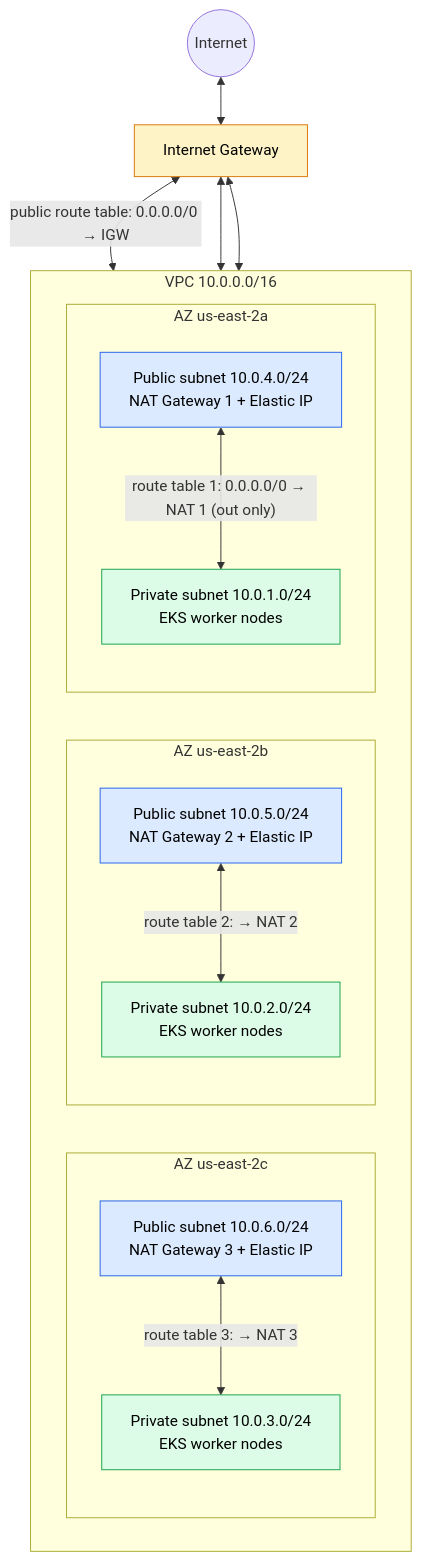
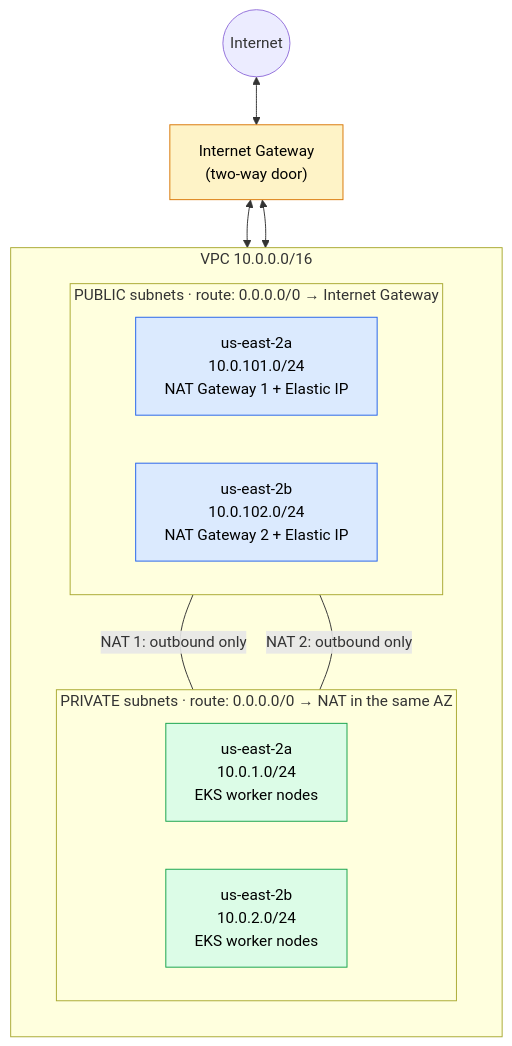
One commit to icbannerman/astronomy-ecommerce-shop-project changed the diagram in terraform/eks/modules/vpc/README.md. Above: the diagram before and after it, drawn with Mermaid. The commit also changed other lines of this file, not shown here.

Commit message:
Redraw VPC diagram as public/private layers across 2 AZs

````diff
--- a/terraform/eks/modules/vpc/README.md
+++ b/terraform/eks/modules/vpc/README.md
@@ -10,43 +11,34 @@
 ```mermaid
 flowchart TB
     internet((Internet))
-    igw[Internet Gateway]
+    igw["Internet Gateway<br/>(two-way door)"]
     internet <--> igw
 
     subgraph vpc["VPC 10.0.0.0/16"]
-        direction LR
+        direction TB
 
-        subgraph az3["AZ us-east-2c"]
-            direction TB
-            pub3["Public subnet 10.0.6.0/24<br/>NAT Gateway 3 + Elastic IP"]
-            priv3["Private subnet 10.0.3.0/24<br/>EKS worker nodes"]
+        subgraph public["PUBLIC subnets · route: 0.0.0.0/0 → Internet Gateway"]
+            direction LR
+            pub1["us-east-2a<br/>10.0.101.0/24<br/>NAT Gateway 1 + Elastic IP"]
+            pub2["us-east-2b<br/>10.0.102.0/24<br/>NAT Gateway 2 + Elastic IP"]
         end
 
-        subgraph az2["AZ us-east-2b"]
-            direction TB
-            pub2["Public subnet 10.0.5.0/24<br/>NAT Gateway 2 + Elastic IP"]
-            priv2["Private subnet 10.0.2.0/24<br/>EKS worker nodes"]
-        end
-
-        subgraph az1["AZ us-east-2a"]
-            direction TB
-            pub1["Public subnet 10.0.4.0/24<br/>NAT Gateway 1 + Elastic IP"]
-            priv1["Private subnet 10.0.1.0/24<br/>EKS worker nodes"]
+        subgraph private["PRIVATE subnets · route: 0.0.0.0/0 → NAT in the same AZ"]
+            direction LR
+            priv1["us-east-2a<br/>10.0.1.0/24<br/>EKS worker nodes"]
+            priv2["us-east-2b<br/>10.0.2.0/24<br/>EKS worker nodes"]
         end
     end
 
-    igw <-->|"public route table: 0.0.0.0/0 → IGW"| pub1
+    igw <--> pub1
     igw <--> pub2
-    igw <--> pub3
+    pub1 ---|"NAT 1: outbound only"| priv1
+    pub2 ---|"NAT 2: outbound only"| priv2
 
-    pub1 <-->|"route table 1: 0.0.0.0/0 → NAT 1 (out only)"| priv1
-    pub2 <-->|"route table 2: → NAT 2"| priv2
-    pub3 <-->|"route table 3: → NAT 3"| priv3
-
-    classDef public fill:#dbeafe,stroke:#2563eb,color:#000
-    classDef private fill:#dcfce7,stroke:#16a34a,color:#000
+    classDef pubc fill:#dbeafe,stroke:#2563eb,color:#000
+    classDef privc fill:#dcfce7,stroke:#16a34a,color:#000
     classDef gw fill:#fef3c7,stroke:#d97706,color:#000
-    class pub1,pub2,pub3 public
-    class priv1,priv2,priv3 private
+    class pub1,pub2 pubc
+    class priv1,priv2 privc
     class igw gw
 ```
````
